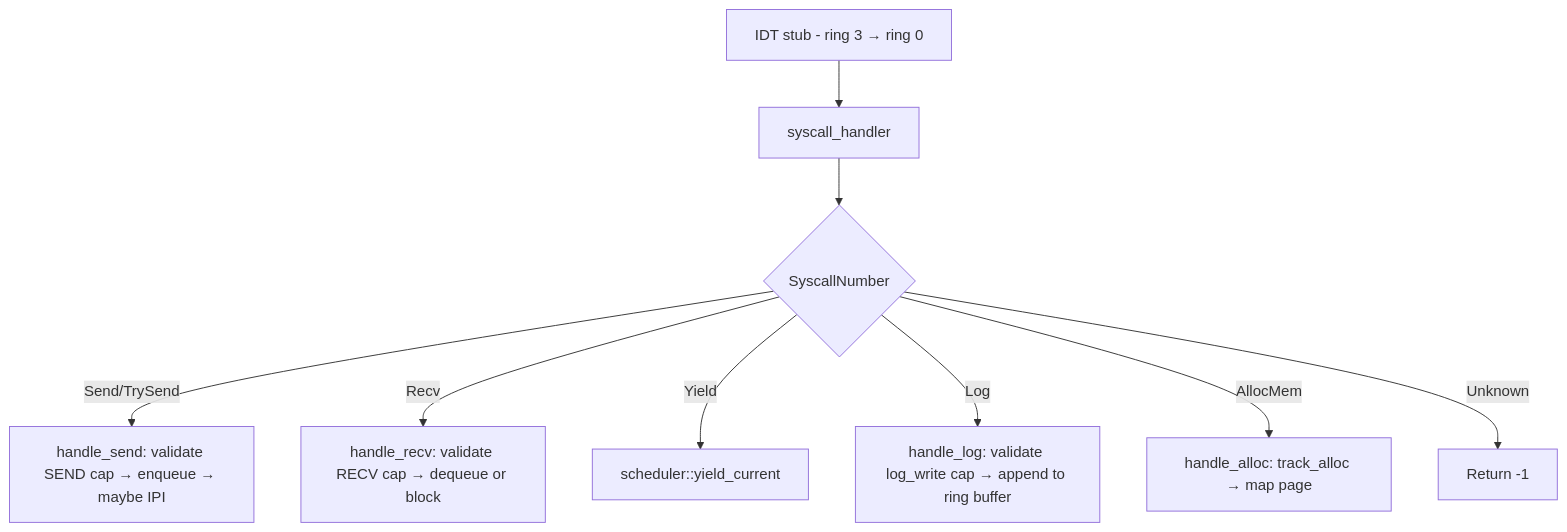
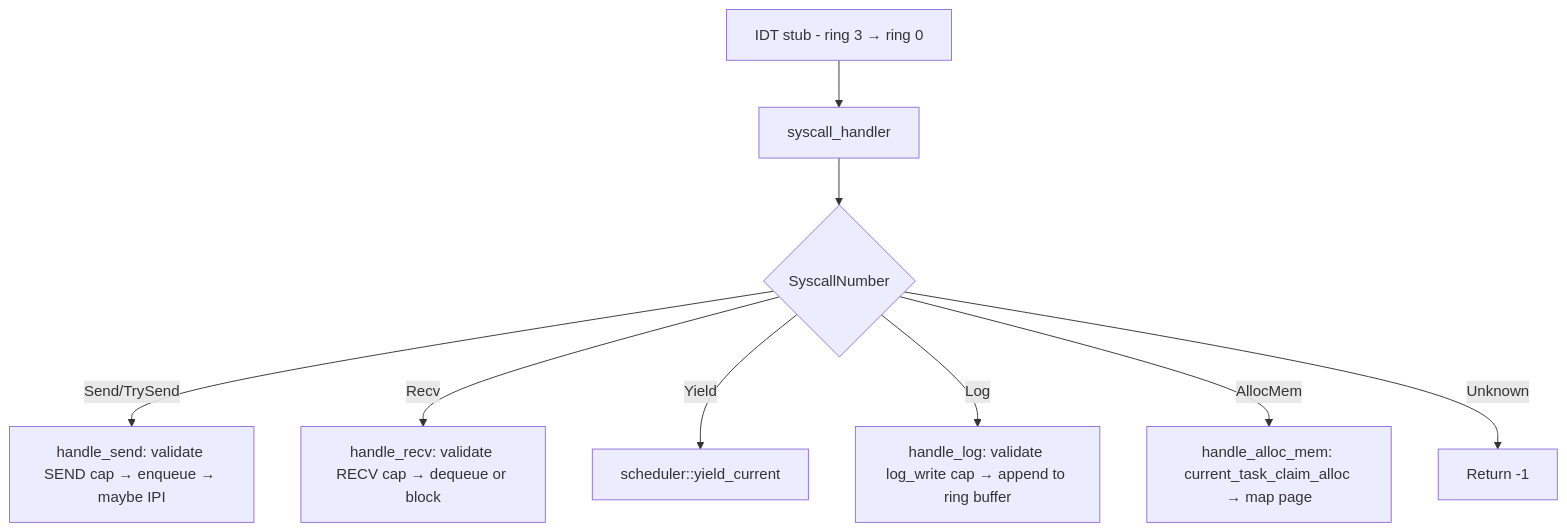
Before and after one commit to godspeedhq/godspeed-os: the diagram in kernel/src/syscall/CLAUDE.md, drawn with Mermaid. The commit also changed other lines of this file and 32 other files, not shown here.

````diff
--- a/kernel/src/syscall/CLAUDE.md
+++ b/kernel/src/syscall/CLAUDE.md
@@ -64,11 +64,11 @@
 ```mermaid
 flowchart TD
     IDT[IDT stub - ring 3 → ring 0] --> H[syscall_handler]
     H --> N{SyscallNumber}
     N -->|Send/TrySend| S[handle_send: validate SEND cap → enqueue → maybe IPI]
     N -->|Recv| R[handle_recv: validate RECV cap → dequeue or block]
     N -->|Yield| Y[scheduler::yield_current]
     N -->|Log| L[handle_log: validate log_write cap → append to ring buffer]
-    N -->|AllocMem| A[handle_alloc: track_alloc → map page]
+    N -->|AllocMem| A[handle_alloc_mem: current_task_claim_alloc → map page]
     N -->|Unknown| E[Return -1]
 ```
````
